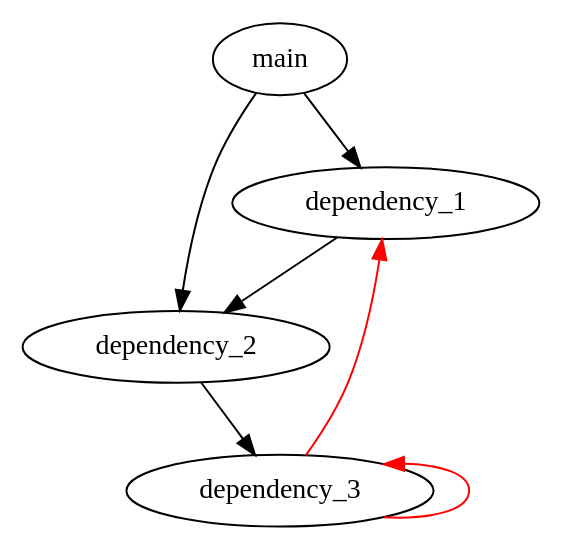
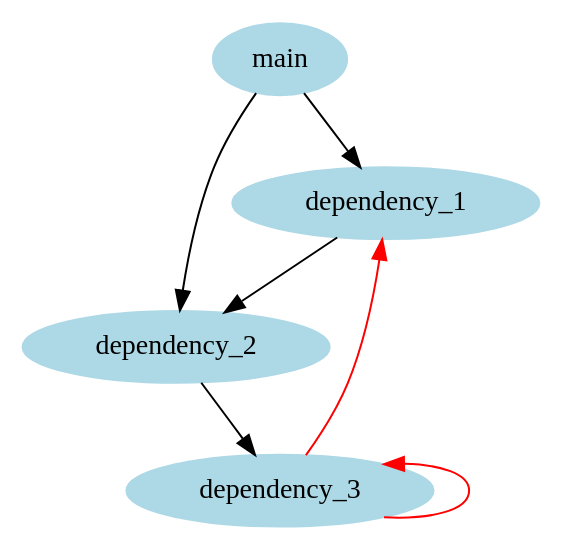
The diagram in readme_figures/readme_fig6.dot (KaeroDot/mDepGen), drawn with Graphviz before and after one commit. The commit also changed 23 other files, not shown here.

```diff
--- a/readme_figures/readme_fig6.dot
+++ b/readme_figures/readme_fig6.dot
@@ -1,10 +1,16 @@
 /* Generated by mDepGen */
 digraph dep {
 node [shape = oval];
+/* start of shape definitions */
+"main" [color=lightblue, style=filled];
+"dependency_1" [color=lightblue, style=filled];
+"dependency_2" [color=lightblue, style=filled];
+"dependency_3" [color=lightblue, style=filled];
+/* end of shape definitions */
 "main" -> "dependency_1" ;
 "dependency_1" -> "dependency_2" ;
 "dependency_2" -> "dependency_3" ;
 "dependency_3" -> "dependency_1"  [color=red];
 "dependency_3" -> "dependency_3"  [color=red dir=back];
 "main" -> "dependency_2" ;
 }
```
